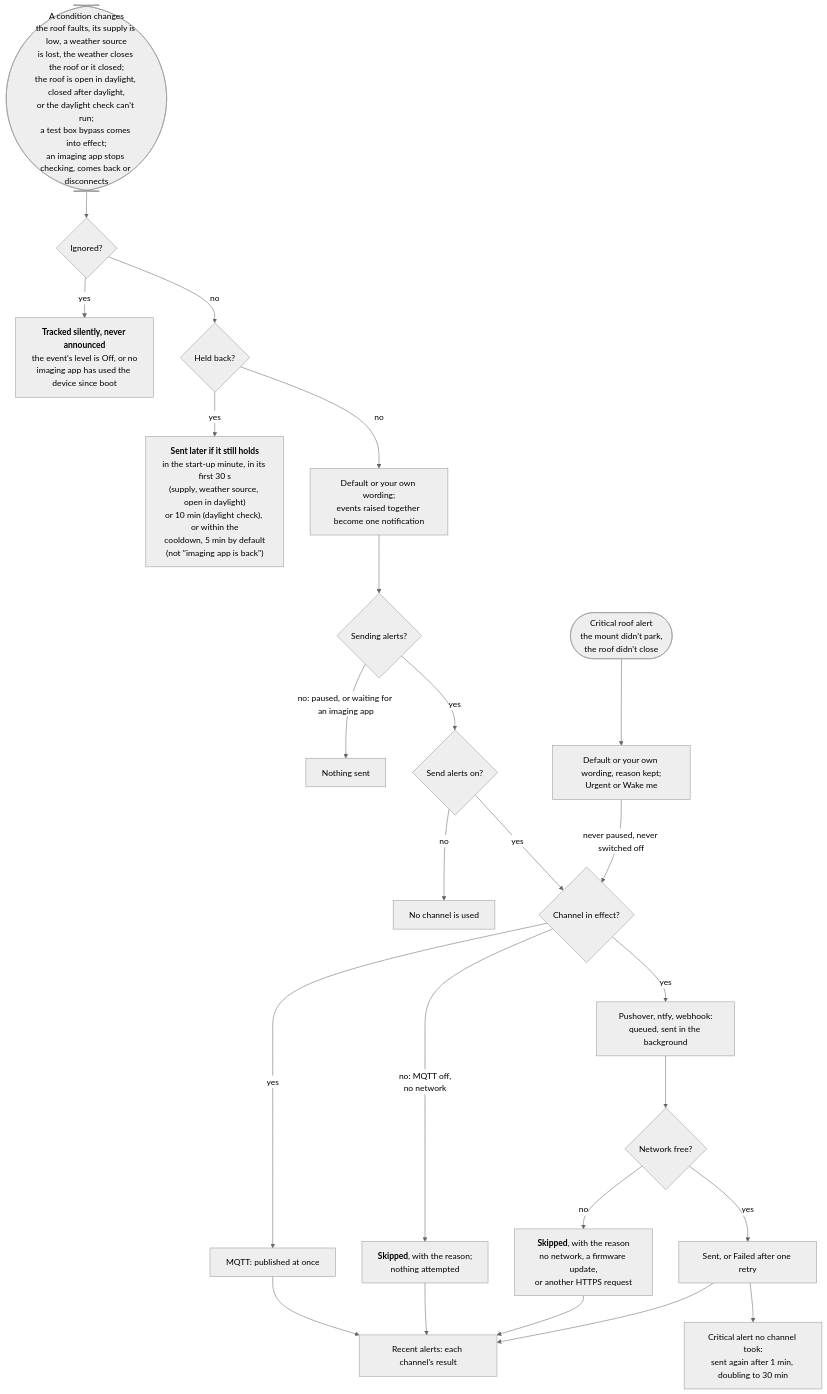
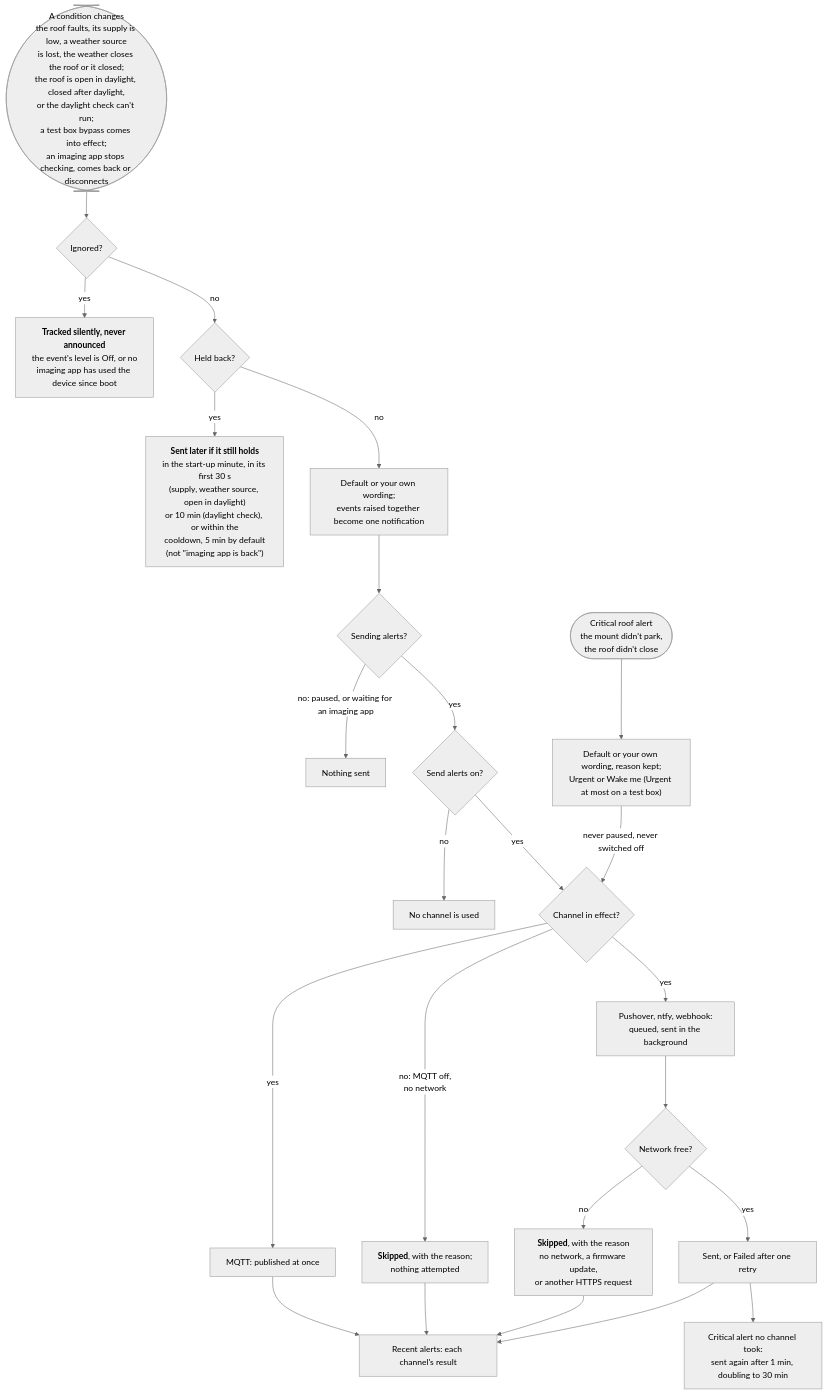
Before and after one commit to DeanJ87/RoofRoof: the diagram in docs/user-guide/alerts.md, drawn with Mermaid (neutral theme). The commit also changed other lines of this file and 15 other files, not shown here.

````diff
--- a/docs/user-guide/alerts.md
+++ b/docs/user-guide/alerts.md
@@ -24,28 +24,28 @@
 ```mermaid
 flowchart TB
     accTitle: Why an alert does or doesn't arrive
     accDescr: Each second the device compares the roof and the imaging app with what you were last told. A change can be tracked silently, held back for now, or dropped by its level; otherwise it is worded and, if alerts are on and not paused, sent to every enabled channel, with each channel's result recorded. A critical roof alert skips the pause and the master switch, and is sent again until a channel takes it.
     CHANGE(["A condition changes<br/>the roof faults, its supply is low, a weather source<br/>is lost, the weather closes the roof or it closed;<br/>the roof is open in daylight, closed after daylight,<br/>or the daylight check can't run;<br/>a test box bypass comes into effect;<br/>an imaging app stops checking, comes back or disconnects"]) --> SILENT{"Ignored?"}
     SILENT -->|yes| TRACKED["<b>Tracked silently, never announced</b><br/>the event's level is Off, or no<br/>imaging app has used the device since boot"]
     SILENT -->|no| HELD{"Held back?"}
     HELD -->|yes| LATER["<b>Sent later if it still holds</b><br/>in the start-up minute, in its first 30 s<br/>(supply, weather source, open in daylight)<br/>or 10 min (daylight check), or within the<br/>cooldown, 5 min by default<br/>(not &quot;imaging app is back&quot;)"]
     HELD -->|no| WORDING["Default or your own wording;<br/>events raised together become one notification"]
     WORDING --> ON{"Sending alerts?"}
     ON -->|"no: paused, or waiting for an imaging app"| NOTHING["Nothing sent"]
     ON -->|yes| MASTER{"Send alerts on?"}
     MASTER -->|no| NOPUSH["No channel is used"]
     MASTER -->|yes| INEFFECT{"Channel in effect?"}
-    CRITICAL(["Critical roof alert<br/>the mount didn't park,<br/>the roof didn't close"]) --> CWORDING["Default or your own wording, reason kept;<br/>Urgent or Wake me"]
+    CRITICAL(["Critical roof alert<br/>the mount didn't park,<br/>the roof didn't close"]) --> CWORDING["Default or your own wording, reason kept;<br/>Urgent or Wake me (Urgent at most on a test box)"]
     CWORDING -->|"never paused, never switched off"| INEFFECT
     SENT --> AGAIN["Critical alert no channel took:<br/>sent again after 1 min, doubling to 30 min"]
     INEFFECT -->|"no: MQTT off,<br/>no network"| INACTIVE["<b>Skipped</b>, with the reason;<br/>nothing attempted"]
     INEFFECT -->|yes| MQTT["MQTT: published at once"]
     INEFFECT -->|yes| HTTP["Pushover, ntfy, webhook:<br/>queued, sent in the background"]
     HTTP --> CANSEND{"Network free?"}
     CANSEND -->|no| SKIPPED["<b>Skipped</b>, with the reason<br/>no network, a firmware update,<br/>or another HTTPS request"]
     CANSEND -->|yes| SENT["Sent, or Failed after one retry"]
     MQTT --> RECENT["Recent alerts: each channel's result"]
     INACTIVE --> RECENT
     SKIPPED --> RECENT
     SENT --> RECENT
 ```
````
